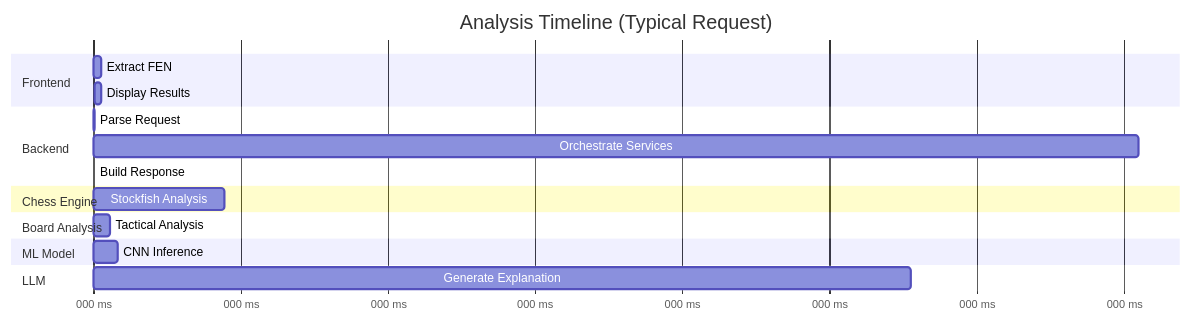
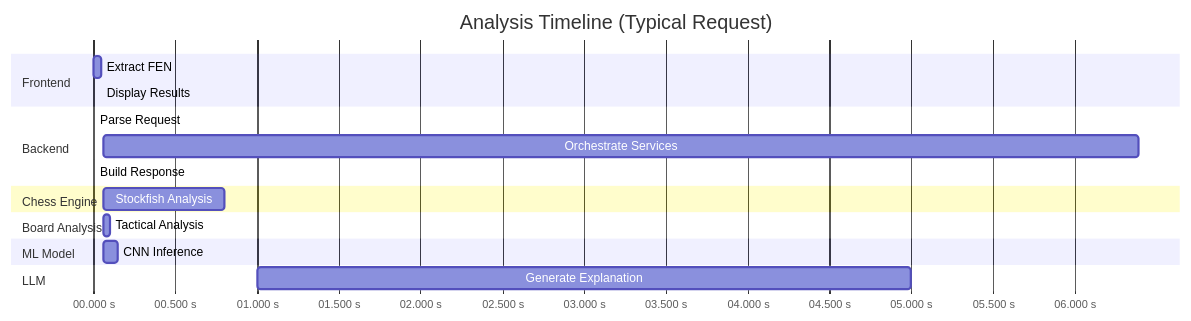
Before and after one commit to NSM1997/chessAI: diagram 11 of 16 in docs/THESIS_REPORT_FINAL.md, drawn with Mermaid. The commit also changed other lines of this file and 49 other files, not shown here.

````diff
--- a/docs/THESIS_REPORT_FINAL.md
+++ b/docs/THESIS_REPORT_FINAL.md
@@ -739,27 +739,27 @@
 ```mermaid
 gantt
     title Analysis Timeline (Typical Request)
-    dateFormat X
-    axisFormat %L ms
+    dateFormat HH:mm:ss.SSS
+    axisFormat %S.%L s
     
     section Frontend
-    Extract FEN           :0, 50
-    Display Results       :6450, 50
+    Extract FEN           :00:00:00.000, 00:00:00.050
+    Display Results       :00:00:06.450, 00:00:00.050
     
     section Backend
-    Parse Request         :50, 10
-    Orchestrate Services  :60, 6390
-    Build Response        :6440, 10
+    Parse Request         :00:00:00.050, 00:00:00.010
+    Orchestrate Services  :00:00:00.060, 00:00:06.390
+    Build Response        :00:00:06.440, 00:00:00.010
     
     section Chess Engine
-    Stockfish Analysis    :60, 800
+    Stockfish Analysis    :00:00:00.060, 00:00:00.800
     
     section Board Analysis
-    Tactical Analysis     :60, 100
+    Tactical Analysis     :00:00:00.060, 00:00:00.100
     
     section ML Model
-    CNN Inference         :60, 150
+    CNN Inference         :00:00:00.060, 00:00:00.150
     
     section LLM
-    Generate Explanation  :1000, 5000
+    Generate Explanation  :00:00:01.000, 00:00:05.000
 ```
````
